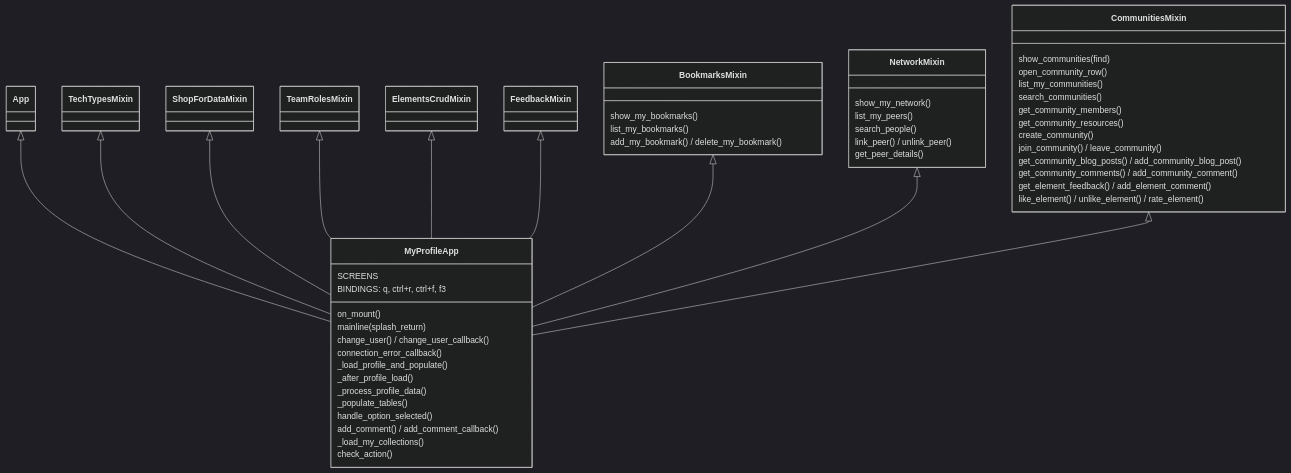
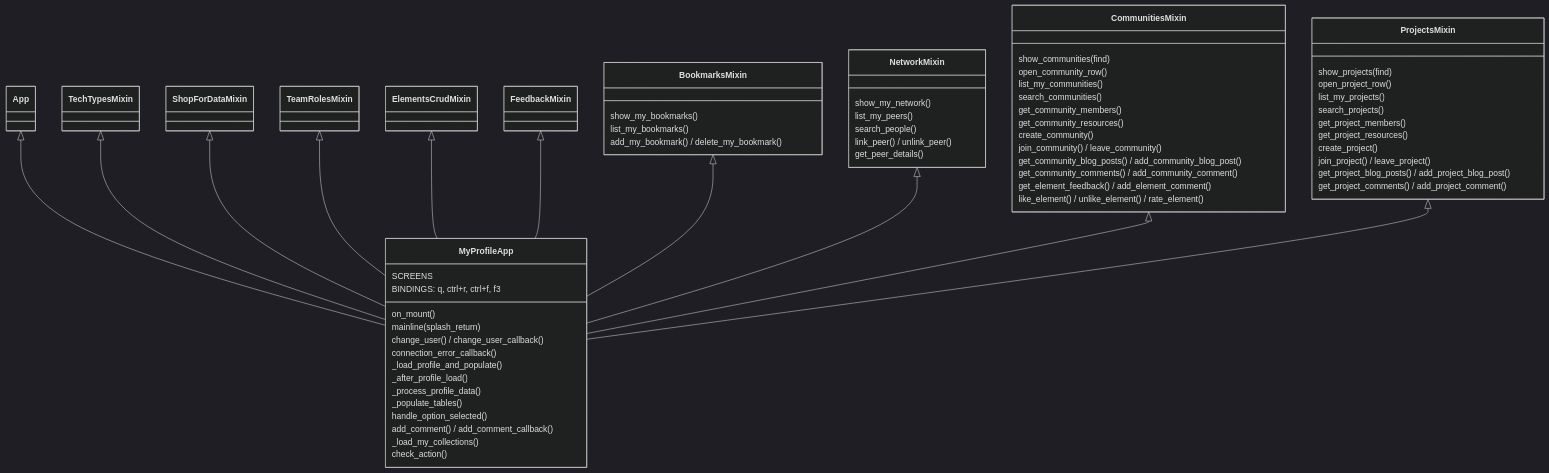
Before and after one commit to odpi/egeria-python: the first of 12 diagrams in docs/My-Egeria-Doc.md, drawn with Mermaid (dark theme). The commit also changed other lines of this file and 10 other files, not shown here.

First line of the commit message:
feat(my_profile): add Work with Projects and Find Project management capabilities (#604)

````diff
--- a/docs/My-Egeria-Doc.md
+++ b/docs/My-Egeria-Doc.md
@@ -47,60 +49,73 @@
 ```mermaid
 classDiagram
     class App
     class MyProfileApp {
         SCREENS
         BINDINGS: q, ctrl+r, ctrl+f, f3
         on_mount()
         mainline(splash_return)
         change_user() / change_user_callback()
         connection_error_callback()
         _load_profile_and_populate()
         _after_profile_load()
         _process_profile_data()
         _populate_tables()
         handle_option_selected()
         add_comment() / add_comment_callback()
         _load_my_collections()
         check_action()
     }
     class TechTypesMixin
     class ShopForDataMixin
     class TeamRolesMixin
     class ElementsCrudMixin
     class FeedbackMixin
     class BookmarksMixin {
         show_my_bookmarks()
         list_my_bookmarks()
         add_my_bookmark() / delete_my_bookmark()
     }
     class NetworkMixin {
         show_my_network()
         list_my_peers()
         search_people()
         link_peer() / unlink_peer()
         get_peer_details()
     }
     class CommunitiesMixin {
         show_communities(find)
         open_community_row()
         list_my_communities()
         search_communities()
         get_community_members()
         get_community_resources()
         create_community()
         join_community() / leave_community()
         get_community_blog_posts() / add_community_blog_post()
         get_community_comments() / add_community_comment()
         get_element_feedback() / add_element_comment()
         like_element() / unlike_element() / rate_element()
     }
+    class ProjectsMixin {
+        show_projects(find)
+        open_project_row()
+        list_my_projects()
+        search_projects()
+        get_project_members()
+        get_project_resources()
+        create_project()
+        join_project() / leave_project()
+        get_project_blog_posts() / add_project_blog_post()
+        get_project_comments() / add_project_comment()
+    }
     App <|-- MyProfileApp
     TechTypesMixin <|-- MyProfileApp
     ShopForDataMixin <|-- MyProfileApp
     TeamRolesMixin <|-- MyProfileApp
     ElementsCrudMixin <|-- MyProfileApp
     FeedbackMixin <|-- MyProfileApp
     BookmarksMixin <|-- MyProfileApp
     NetworkMixin <|-- MyProfileApp
     CommunitiesMixin <|-- MyProfileApp
+    ProjectsMixin <|-- MyProfileApp
 ```
````
